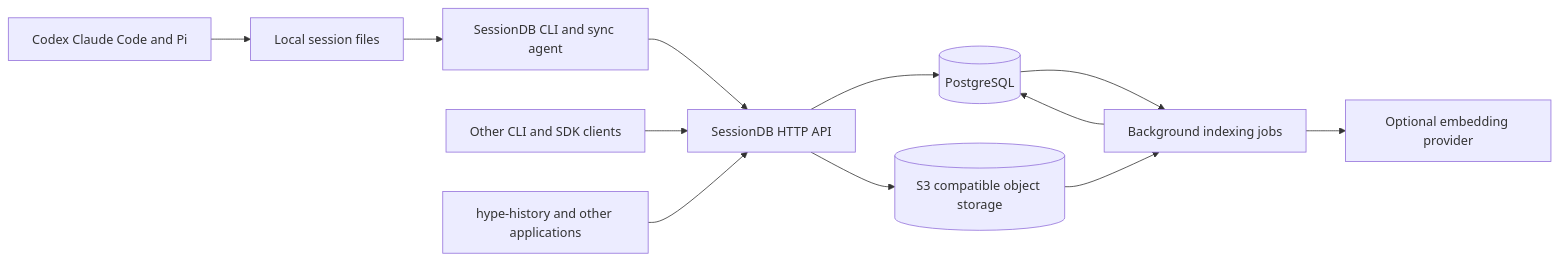
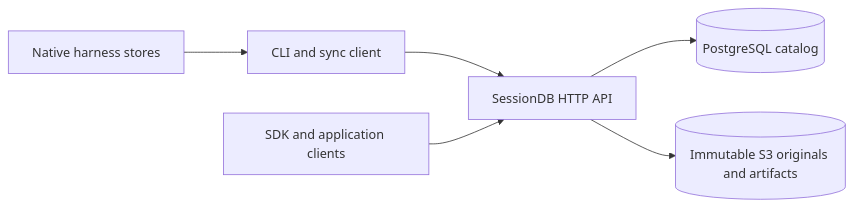
One commit to mitchwolfe1/sessiondb changed the diagram in docs/architecture.md. Above: the diagram before and after it, drawn with Mermaid. The commit also changed other lines of this file and 87 other files, not shown here.

````diff
--- a/docs/architecture.md
+++ b/docs/architecture.md
@@ -9,14 +9,8 @@
 ```mermaid
 flowchart LR
-    H[Codex Claude Code and Pi] --> F[Local session files]
-    F --> C[SessionDB CLI and sync agent]
+    H[Native harness stores] --> C[CLI and sync client]
     C --> A[SessionDB HTTP API]
-    U[Other CLI and SDK clients] --> A
-    A --> P[(PostgreSQL)]
-    A --> S[(S3 compatible object storage)]
-    P --> J[Background indexing jobs]
-    S --> J
-    J --> P
-    J --> E[Optional embedding provider]
-    X[hype-history and other applications] --> A
+    U[SDK and application clients] --> A
+    A --> P[(PostgreSQL catalog)]
+    A --> S[(Immutable S3 originals and artifacts)]
 ```
````
